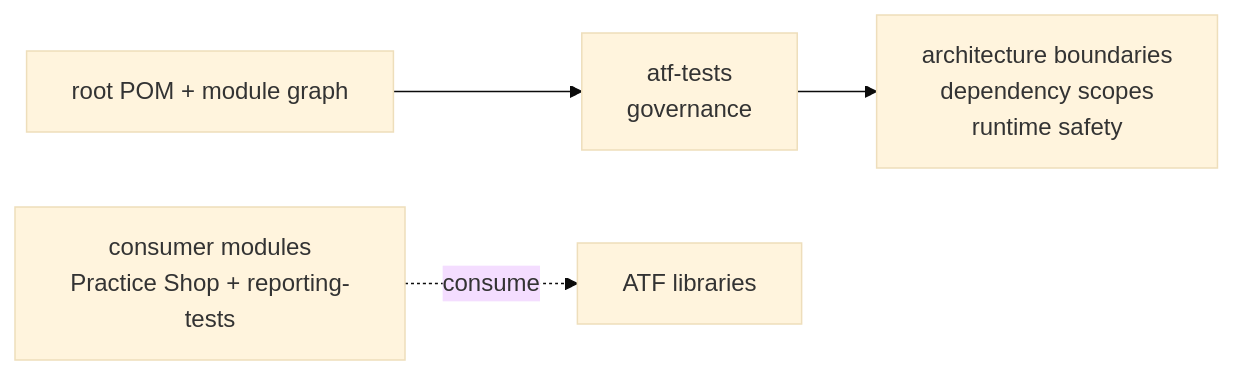
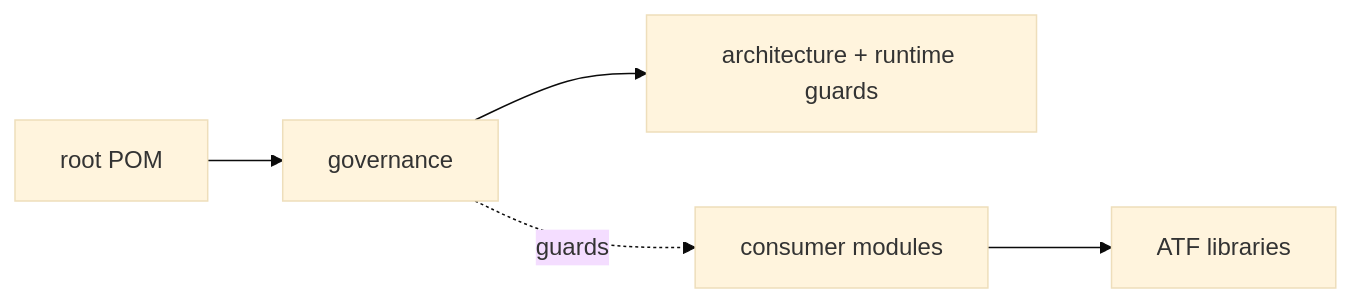
One commit to crististefanita/demo2 changed the diagram in atf-tests/README.md. Above: the diagram before and after it, drawn with Mermaid (base theme). The commit also changed other lines of this file and 132 other files, not shown here.

Commit message:
Refine Java ATF reporting assets and Practice Shop validation

````diff
--- a/atf-tests/README.md
+++ b/atf-tests/README.md
@@ -13,6 +13,7 @@
 ```mermaid
 flowchart LR
-    Root[root POM + module graph] --> Gates[atf-tests<br/>governance]
-    Gates --> Checks[architecture boundaries<br/>dependency scopes<br/>runtime safety]
-    Consumers[consumer modules<br/>Practice Shop + reporting-tests] -. consume .-> Libraries[ATF libraries]
+    Root["root POM"] --> Governance["governance"]
+    Governance --> Checks["architecture + runtime guards"]
+    Governance -. guards .-> Consumers["consumer modules"]
+    Consumers --> Libraries["ATF libraries"]
 ```
````
